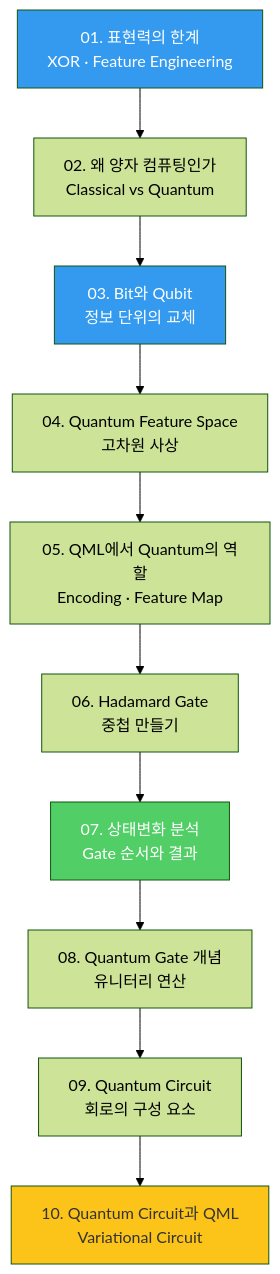
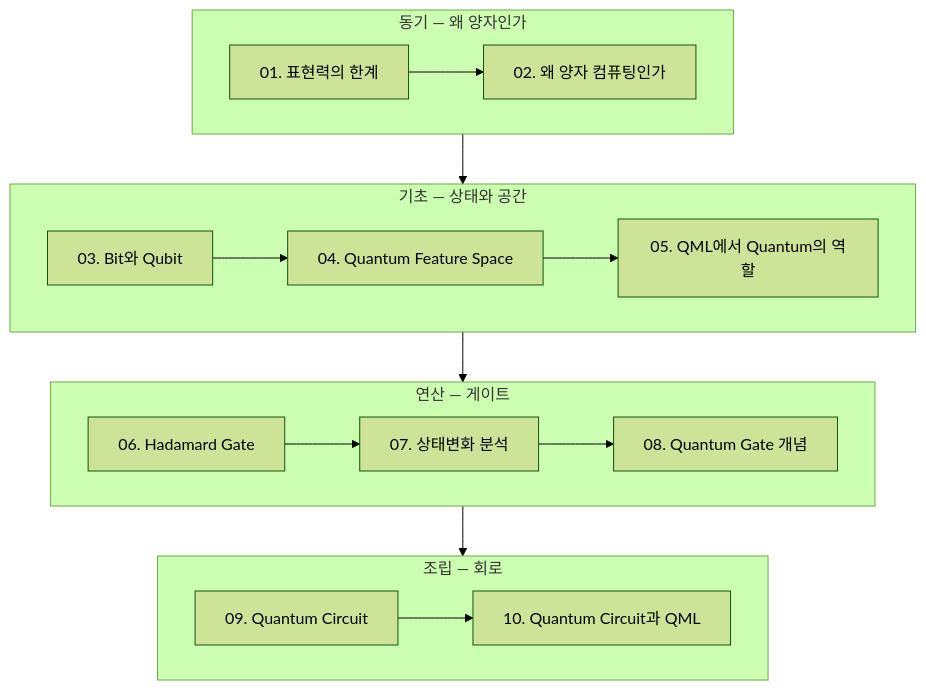
One commit to umyunsang/edu changed the diagram in ComputerScience/03_ai-ml-data/quantum-ml/00. 양자 ML 인덱스.md. Above: the diagram before and after it, drawn with Mermaid (forest theme). The commit also changed other lines of this file, not shown here.

Commit message:
Auto-save: Updated ComputerScience/03_ai-ml-data/quantum-ml/00. 양자 ML 인덱스.md

````diff
--- a/ComputerScience/03_ai-ml-data/quantum-ml/00. 양자 ML 인덱스.md
+++ b/ComputerScience/03_ai-ml-data/quantum-ml/00. 양자 ML 인덱스.md
@@ -37,17 +25,20 @@
 ```mermaid
-flowchart TD
-    N01["01. 표현력의 한계<br/>XOR · Feature Engineering"] --> N02["02. 왜 양자 컴퓨팅인가<br/>Classical vs Quantum"]
-    N02 --> N03["03. Bit와 Qubit<br/>정보 단위의 교체"]
-    N03 --> N04["04. Quantum Feature Space<br/>고차원 사상"]
-    N04 --> N05["05. QML에서 Quantum의 역할<br/>Encoding · Feature Map"]
-    N05 --> N06["06. Hadamard Gate<br/>중첩 만들기"]
-    N06 --> N07["07. 상태변화 분석<br/>Gate 순서와 결과"]
-    N07 --> N08["08. Quantum Gate 개념<br/>유니터리 연산"]
-    N08 --> N09["09. Quantum Circuit<br/>회로의 구성 요소"]
-    N09 --> N10["10. Quantum Circuit과 QML<br/>Variational Circuit"]
-
-    style N01 fill:#339af0,color:#fff
-    style N03 fill:#339af0,color:#fff
-    style N07 fill:#51cf66,color:#fff
-    style N10 fill:#fcc419,color:#333
+flowchart TB
+    subgraph M1["동기 — 왜 양자인가"]
+        N1["01. 표현력의 한계"] --> N2["02. 왜 양자 컴퓨팅인가"]
+    end
+    subgraph M2["기초 — 상태와 공간"]
+        N3["03. Bit와 Qubit"] --> N4["04. Quantum Feature Space"]
+        N4 --> N5["05. QML에서 Quantum의 역할"]
+    end
+    subgraph M3["연산 — 게이트"]
+        N6["06. Hadamard Gate"] --> N7["07. 상태변화 분석"]
+        N7 --> N8["08. Quantum Gate 개념"]
+    end
+    subgraph M4["조립 — 회로"]
+        N9["09. Quantum Circuit"] --> N10["10. Quantum Circuit과 QML"]
+    end
+    M1 --> M2
+    M2 --> M3
+    M3 --> M4
 ```
````
